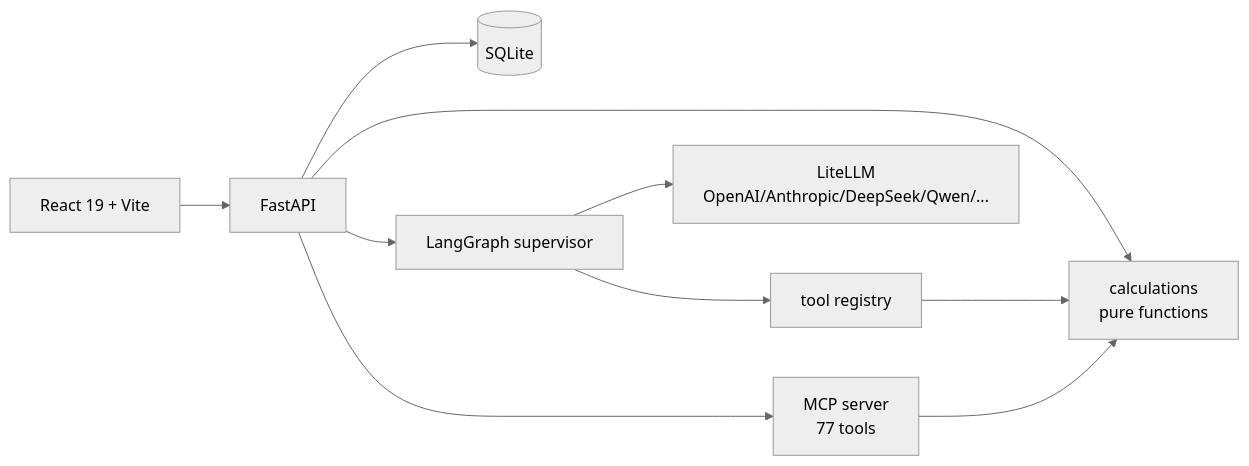
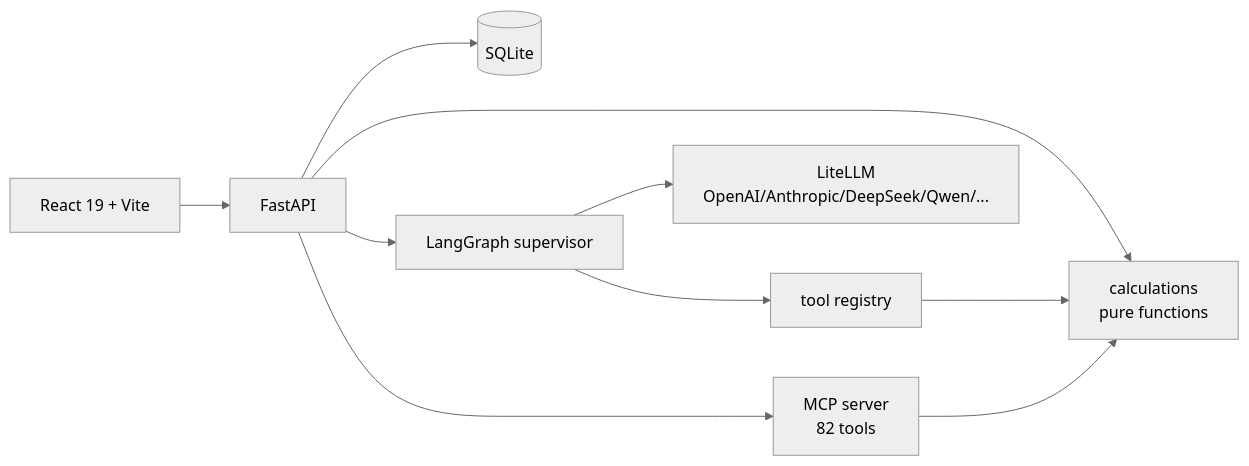
Before and after one commit to badhope/moneyhelper: the diagram in README.md, drawn with Mermaid (neutral theme). The commit also changed other lines of this file and 15 other files, not shown here.

````diff
--- a/README.md
+++ b/README.md
@@ -124,12 +125,12 @@
 ```mermaid
 flowchart LR
   UI[React 19 + Vite] --> API[FastAPI]
   API --> CALC[calculations<br/>pure functions]
   API --> DB[(SQLite)]
   API --> AGENT[LangGraph supervisor]
   AGENT --> TOOLS[tool registry]
   TOOLS --> CALC
   AGENT --> LLM[LiteLLM<br/>OpenAI/Anthropic/DeepSeek/Qwen/...]
-  API --> MCP[MCP server<br/>77 tools]
+  API --> MCP[MCP server<br/>82 tools]
   MCP --> CALC
 ```
````
